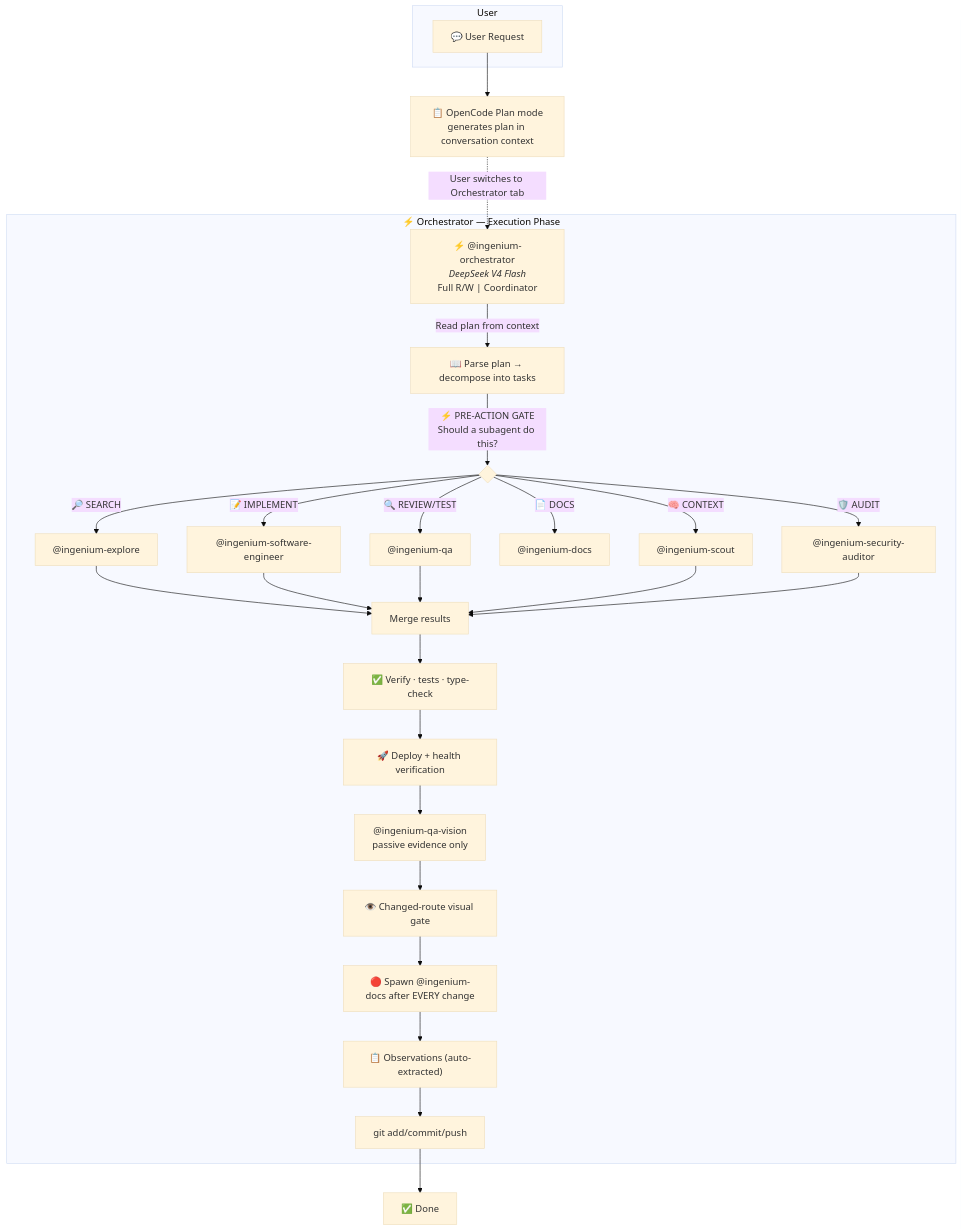
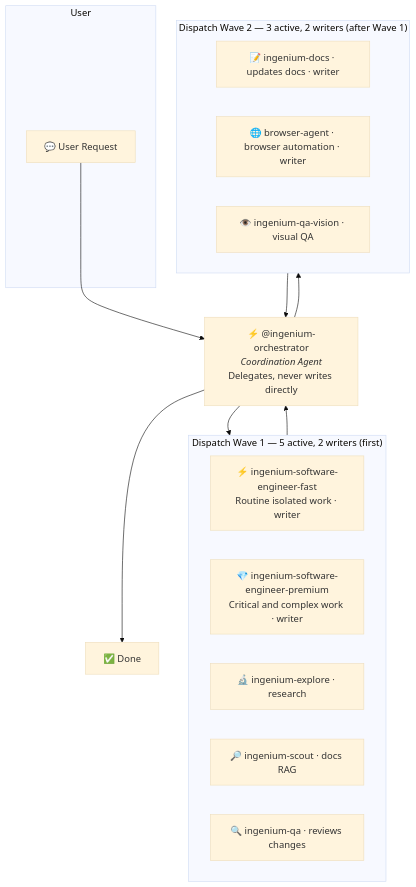
The first of 2 diagrams in docs/configure/agents.md (jtmb/ingenium), drawn with Mermaid (base theme) before and after one commit. The commit also changed other lines of this file and 305 other files, not shown here.

````diff
--- a/docs/configure/agents.md
+++ b/docs/configure/agents.md
@@ -22,37 +24,28 @@
 ```mermaid
 flowchart TB
     subgraph User
         REQ["💬 User Request"]
     end
 
-    REQ --> PLAN["📋 OpenCode Plan mode<br/>generates plan in conversation context"]
+    REQ --> ORCH["⚡ @ingenium-orchestrator<br/><i>Coordination Agent</i><br/>Delegates, never writes directly"]
 
-    PLAN -.->|"User switches to Orchestrator tab"| O
-
-    O["⚡ @ingenium-orchestrator<br/><i>DeepSeek V4 Flash</i><br/>Full R/W | Coordinator"]
-
-    subgraph Orchestrator["⚡ Orchestrator — Execution Phase"]
-        O -->|"Read plan from context"| READPLAN["📖 Parse plan → decompose into tasks"]
-        READPLAN -->|"⚡ PRE-ACTION GATE<br/>Should a subagent do this?"| GATE{ }
-        GATE -->|"🔎 SEARCH"| EXP["@ingenium-explore"]
-        GATE -->|"📝 IMPLEMENT"| SE["@ingenium-software-engineer"]
-        GATE -->|"🔍 REVIEW/TEST"| QA["@ingenium-qa"]
-        GATE -->|"📄 DOCS"| DOCS["@ingenium-docs"]
-        GATE -->|"🛡️ AUDIT"| AUDITOR["@ingenium-security-auditor"]
-        GATE -->|"🧠 CONTEXT"| SCOUT["@ingenium-scout"]
-        EXP --> MERGE["Merge results"]
-        SE --> MERGE
-        QA --> MERGE
-        SCOUT --> MERGE
-        AUDITOR --> MERGE
-        MERGE --> VERIFY["✅ Verify · tests · type-check"]
-        VERIFY --> HEALTH["🚀 Deploy + health verification"]
-        HEALTH --> VISION["@ingenium-qa-vision<br/>passive evidence only"]
-        VISION --> VISION_GATE["👁️ Changed-route visual gate"]
-        VISION_GATE --> DOC["🔴 Spawn @ingenium-docs after EVERY change"]
-        DOC --> OBSERVE["📋 Observations (auto-extracted)"]
-        OBSERVE --> COMMIT["git add/commit/push"]
+    subgraph Wave1["Dispatch Wave 1 — 5 active, 2 writers (first)"]
+        FAST["⚡ ingenium-software-engineer-fast<br/>Routine isolated work · writer"]
+        PREM["💎 ingenium-software-engineer-premium<br/>Critical and complex work · writer"]
+        EXPLORE["🔬 ingenium-explore · research"]
+        SCOUT["🔎 ingenium-scout · docs RAG"]
+        QA["🔍 ingenium-qa · reviews changes"]
     end
 
-    COMMIT --> DONE["✅ Done"]
+    subgraph Wave2["Dispatch Wave 2 — 3 active, 2 writers (after Wave 1)"]
+        DOCS["📝 ingenium-docs · updates docs · writer"]
+        BROWSER["🌐 browser-agent · browser automation · writer"]
+        VISION["👁️ ingenium-qa-vision · visual QA"]
+    end
+
+    ORCH --> Wave1
+    Wave1 --> ORCH
+    ORCH --> Wave2
+    Wave2 --> ORCH
+    ORCH --> DONE["✅ Done"]
 ```
````
